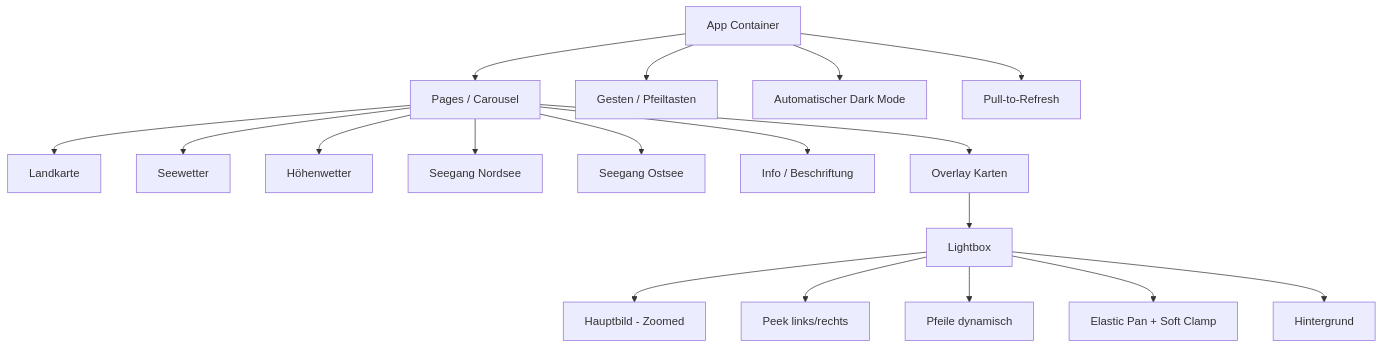
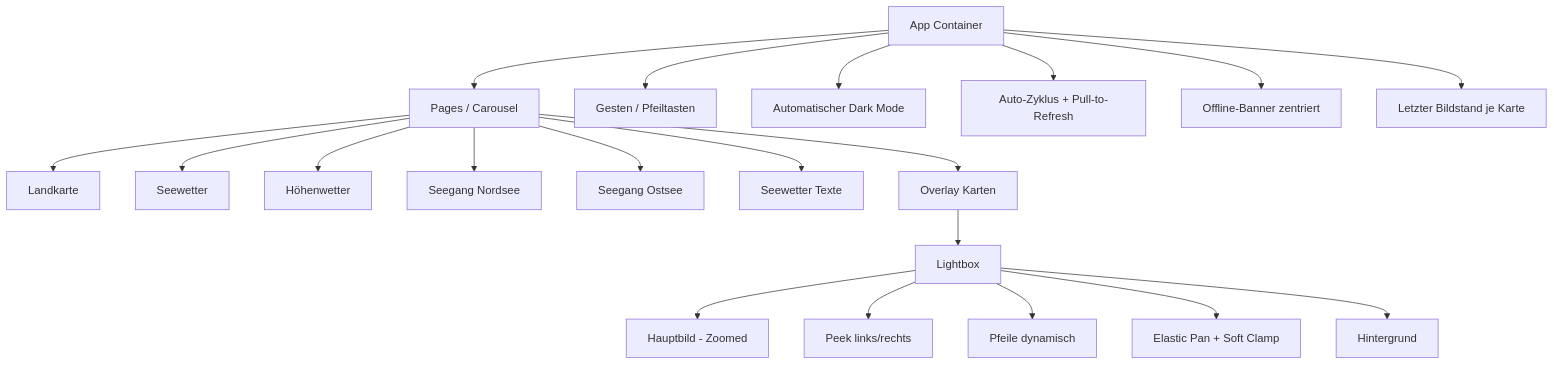
The diagram in docs/UI-Struktur.md (w465jt7pm9-cpu/dwd-dashboard), drawn with Mermaid before and after one commit. The commit also changed other lines of this file and 1 other file, not shown here.

Commit message:
docs: clarify architecture and UI for global sea cycle and offline persistence

````diff
--- a/docs/UI-Struktur.md
+++ b/docs/UI-Struktur.md
@@ -9,20 +11,22 @@
 ```mermaid
 flowchart TD
   App[App Container] --> Pages[Pages / Carousel]
   Pages --> Land[Landkarte]
   Pages --> See[Seewetter]
   Pages --> Hoehenwetter[Höhenwetter]
   Pages --> Nordsee[Seegang Nordsee]
   Pages --> Ostsee[Seegang Ostsee]
-  Pages --> Texte[Info / Beschriftung]
+  Pages --> Texte[Seewetter Texte]
   Pages --> Cards[Overlay Karten]
   Cards --> Lightbox[Lightbox]
   Lightbox --> Image[Hauptbild - Zoomed]
   Lightbox --> Peek[Peek links/rechts]
   Lightbox --> Arrows[Pfeile dynamisch]
   Lightbox --> Elastic[Elastic Pan + Soft Clamp]
   Lightbox --> Overlay[Hintergrund]
   App --> Gestures[Gesten / Pfeiltasten]
   App --> Theme[Automatischer Dark Mode]
-  App --> Refresh[Pull-to-Refresh]
+  App --> Refresh[Auto-Zyklus + Pull-to-Refresh]
+  App --> OfflineBanner[Offline-Banner zentriert]
+  App --> Persistence[Letzter Bildstand je Karte]
 ```
````
